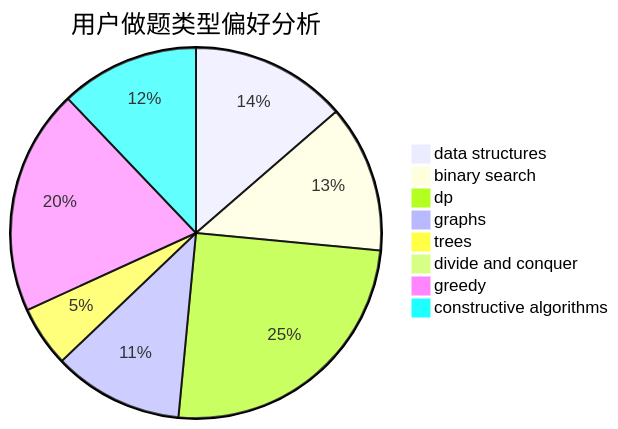
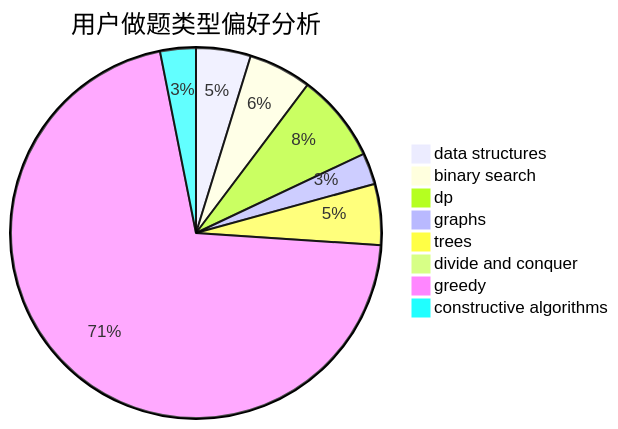
Before and after one commit to sherpahu/cfrs.github.io: the second of 3 diagrams in docs/user/u2282.md, drawn with Mermaid. The commit also changed other lines of this file and 2770 other files, not shown here.

````diff
--- a/docs/user/u2282.md
+++ b/docs/user/u2282.md
@@ -23,11 +23,11 @@
 ```mermaid
 pie title 用户做题类型偏好分析
-    "data structures" :  18
-    "binary search" :  17
-    "dp" :  33
+    "data structures" :  26
+    "binary search" :  30
+    "dp" :  42
     "graphs" :  15
-    "trees" :  7
+    "trees" :  29
     "divide and conquer" :  0
-    "greedy" :  26
-    "constructive algorithms" :  16
+    "greedy" :  386
+    "constructive algorithms" :  17
 ```
````
